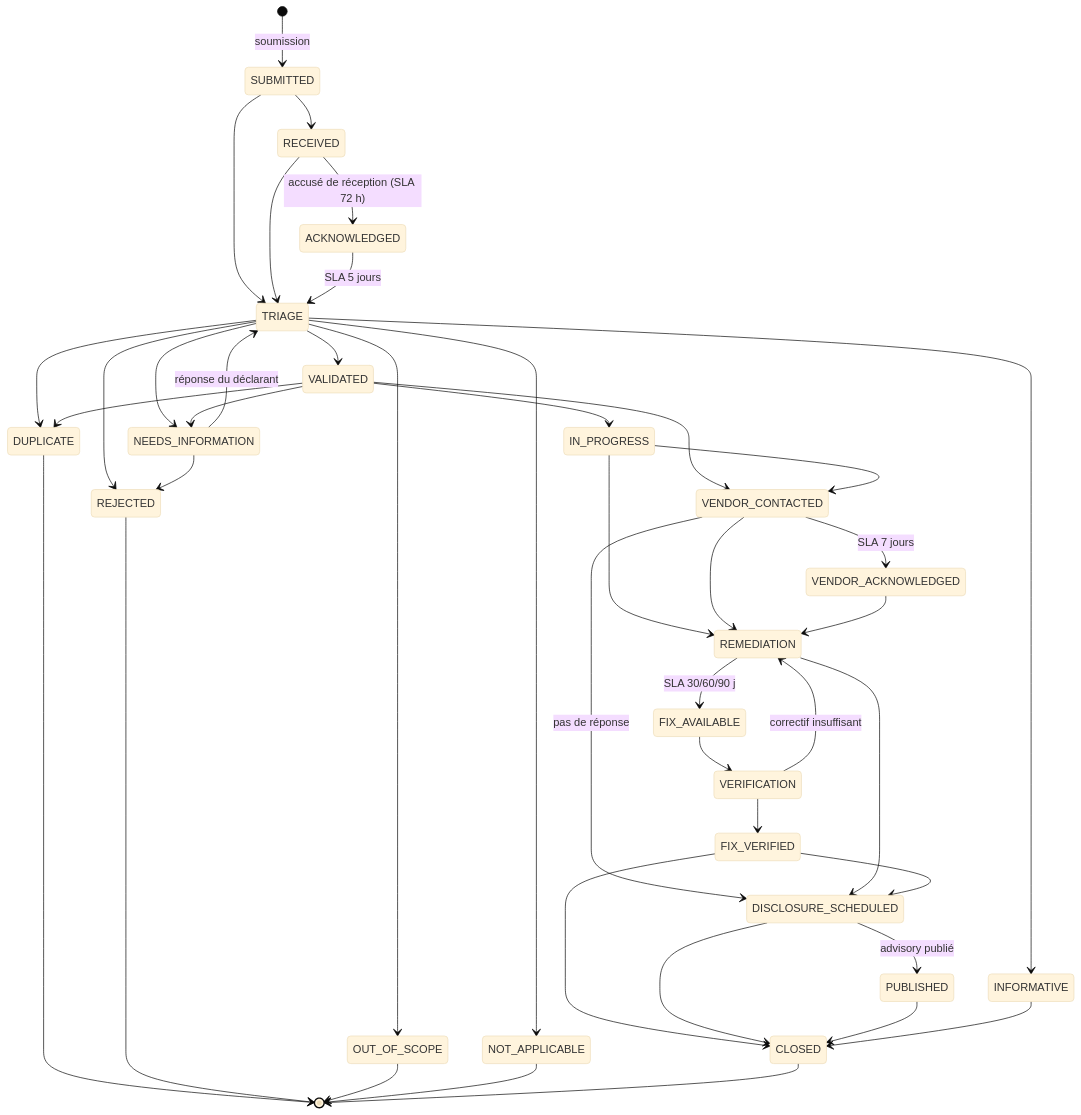
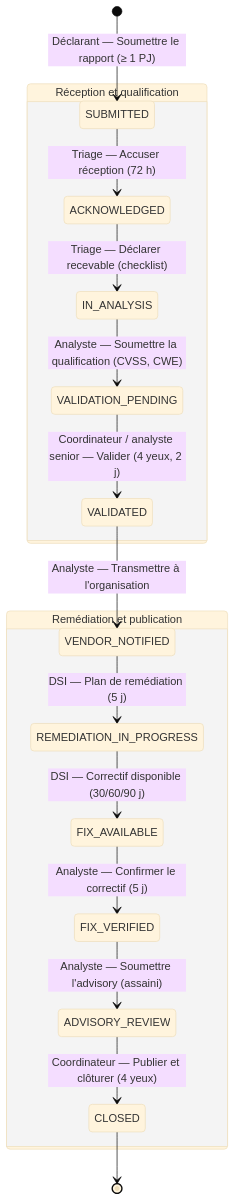
The first of 2 diagrams in docs/diagrams/cvd-workflow.md (Faso-Shield/eVDP), drawn with Mermaid (base theme) before and after one commit. The commit also changed other lines of this file and 84 other files, not shown here.

````diff
--- a/docs/diagrams/cvd-workflow.md
+++ b/docs/diagrams/cvd-workflow.md
@@ -3,53 +6,23 @@
 ```mermaid
 stateDiagram-v2
-    [*] --> SUBMITTED : soumission
+    [*] --> SUBMITTED : Déclarant — Soumettre le rapport (≥ 1 PJ)
 
-    SUBMITTED --> RECEIVED
-    SUBMITTED --> TRIAGE
-    RECEIVED --> ACKNOWLEDGED : accusé de réception (SLA 72 h)
-    RECEIVED --> TRIAGE
-    ACKNOWLEDGED --> TRIAGE : SLA 5 jours
+    state "Réception et qualification" as reception {
+        SUBMITTED --> ACKNOWLEDGED : Triage — Accuser réception (72 h)
+        ACKNOWLEDGED --> IN_ANALYSIS : Triage — Déclarer recevable (checklist)
+        IN_ANALYSIS --> VALIDATION_PENDING : Analyste — Soumettre la qualification (CVSS, CWE)
+        VALIDATION_PENDING --> VALIDATED : Coordinateur / analyste senior — Valider (4 yeux, 2 j)
+    }
 
-    TRIAGE --> NEEDS_INFORMATION
-    TRIAGE --> VALIDATED
-    TRIAGE --> DUPLICATE
-    TRIAGE --> REJECTED
-    TRIAGE --> OUT_OF_SCOPE
-    TRIAGE --> NOT_APPLICABLE
-    TRIAGE --> INFORMATIVE
+    VALIDATED --> VENDOR_NOTIFIED : Analyste — Transmettre à l'organisation
 
-    NEEDS_INFORMATION --> TRIAGE : réponse du déclarant
-    NEEDS_INFORMATION --> REJECTED
+    state "Remédiation et publication" as remediation {
+        VENDOR_NOTIFIED --> REMEDIATION_IN_PROGRESS : DSI — Plan de remédiation (5 j)
+        REMEDIATION_IN_PROGRESS --> FIX_AVAILABLE : DSI — Correctif disponible (30/60/90 j)
+        FIX_AVAILABLE --> FIX_VERIFIED : Analyste — Confirmer le correctif (5 j)
+        FIX_VERIFIED --> ADVISORY_REVIEW : Analyste — Soumettre l'advisory (assaini)
+        ADVISORY_REVIEW --> CLOSED : Coordinateur — Publier et clôturer (4 yeux)
+    }
 
-    VALIDATED --> IN_PROGRESS
-    VALIDATED --> VENDOR_CONTACTED
-    VALIDATED --> NEEDS_INFORMATION
-    VALIDATED --> DUPLICATE
-
-    IN_PROGRESS --> VENDOR_CONTACTED
-    IN_PROGRESS --> REMEDIATION
-
-    VENDOR_CONTACTED --> VENDOR_ACKNOWLEDGED : SLA 7 jours
-    VENDOR_CONTACTED --> REMEDIATION
-    VENDOR_CONTACTED --> DISCLOSURE_SCHEDULED : pas de réponse
-    VENDOR_ACKNOWLEDGED --> REMEDIATION
-
-    REMEDIATION --> FIX_AVAILABLE : SLA 30/60/90 j
-    REMEDIATION --> DISCLOSURE_SCHEDULED
-    FIX_AVAILABLE --> VERIFICATION
-    VERIFICATION --> FIX_VERIFIED
-    VERIFICATION --> REMEDIATION : correctif insuffisant
-
-    FIX_VERIFIED --> DISCLOSURE_SCHEDULED
-    FIX_VERIFIED --> CLOSED
-    DISCLOSURE_SCHEDULED --> PUBLISHED : advisory publié
-    DISCLOSURE_SCHEDULED --> CLOSED
-    PUBLISHED --> CLOSED
-    INFORMATIVE --> CLOSED
-
-    DUPLICATE --> [*]
-    REJECTED --> [*]
-    OUT_OF_SCOPE --> [*]
-    NOT_APPLICABLE --> [*]
     CLOSED --> [*]
 ```
````
